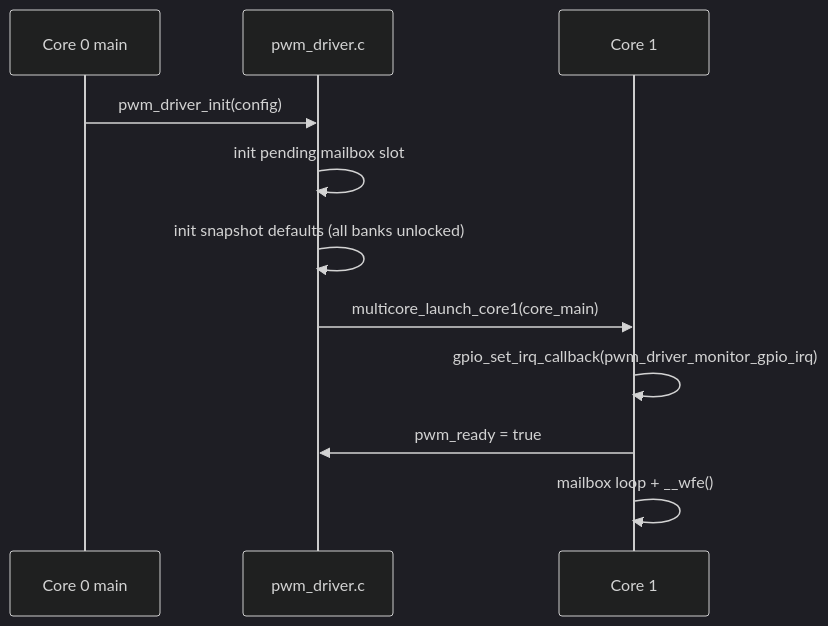
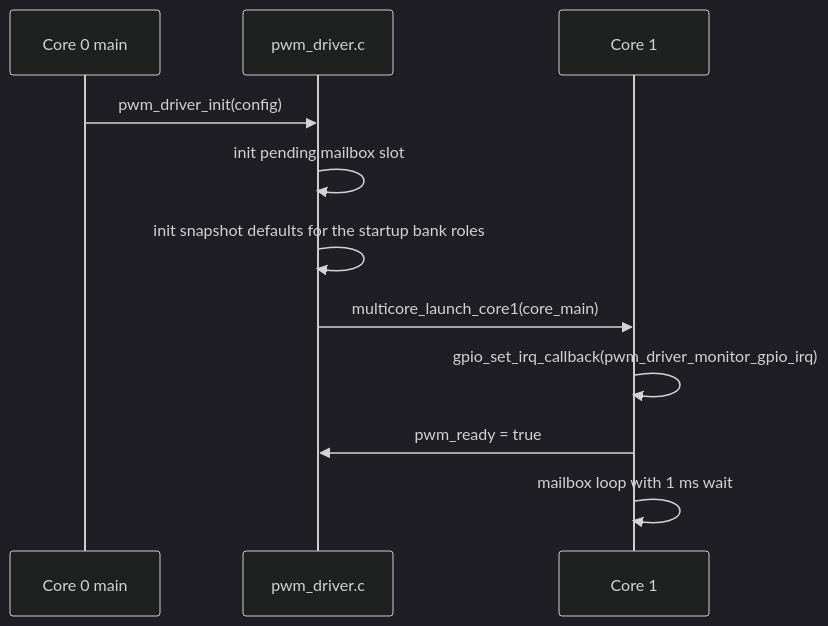
Before and after one commit to djwinter29-oss/PicoPWM: the third of 8 diagrams in docs/detail/pwm_driver_design.md, drawn with Mermaid (dark theme). The commit also changed other lines of this file and 41 other files, not shown here.

````diff
--- a/docs/detail/pwm_driver_design.md
+++ b/docs/detail/pwm_driver_design.md
@@ -288,14 +288,14 @@
 ```mermaid
 sequenceDiagram
     participant C0 as Core 0 main
     participant WR as pwm_driver.c
     participant C1 as Core 1
 
     C0->>WR: pwm_driver_init(config)
     WR->>WR: init pending mailbox slot
-    WR->>WR: init snapshot defaults (all banks unlocked)
+    WR->>WR: init snapshot defaults for the startup bank roles
     WR->>C1: multicore_launch_core1(core_main)
     C1->>C1: gpio_set_irq_callback(pwm_driver_monitor_gpio_irq)
     C1->>WR: pwm_ready = true
-    C1->>C1: mailbox loop + __wfe()
+    C1->>C1: mailbox loop with 1 ms wait
 ```
````
